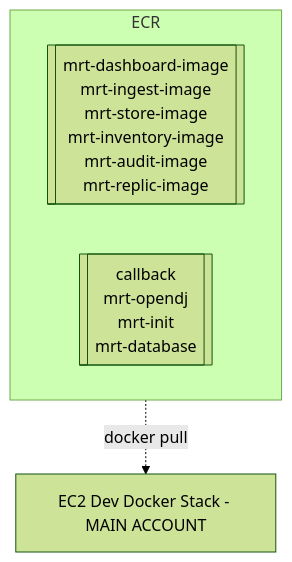
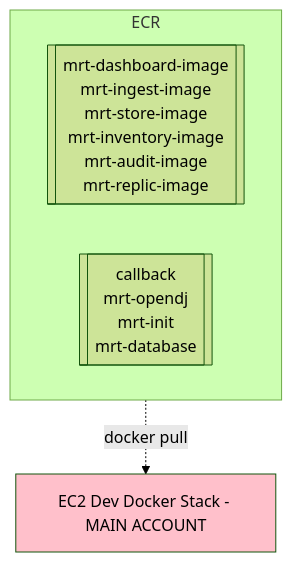
One commit to CDLUC3/mrt-doc changed the eighth of 11 diagrams in design/aws-build/README.md. Above: the diagram before and after it, drawn with Mermaid (forest theme). The commit also changed other lines of this file, not shown here.

````diff
--- a/design/aws-build/README.md
+++ b/design/aws-build/README.md
@@ -240,22 +242,23 @@
 ```mermaid
 graph TD
   ECR -.-> |docker pull| EC2_Dev
   EC2_Dev[EC2 Dev Docker Stack - MAIN ACCOUNT]
+  style EC2_Dev fill:pink
   subgraph ECR
     MerrittServiceImages[["`
       mrt-dashboard-image
       mrt-ingest-image
       mrt-store-image
       mrt-inventory-image
       mrt-audit-image
       mrt-replic-image
     `"]]
 
     DockerStackSupportImages[["`
       callback
       mrt-opendj
       mrt-init
       mrt-database
     `"]]
   end
 ```
````
